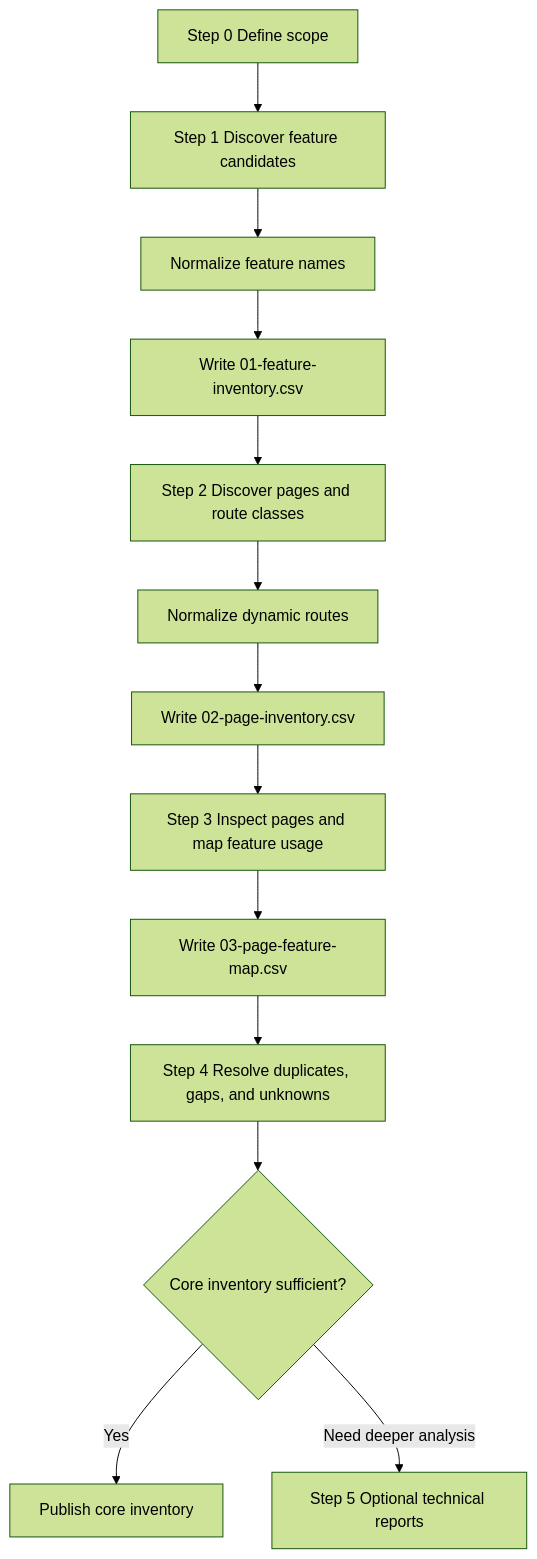
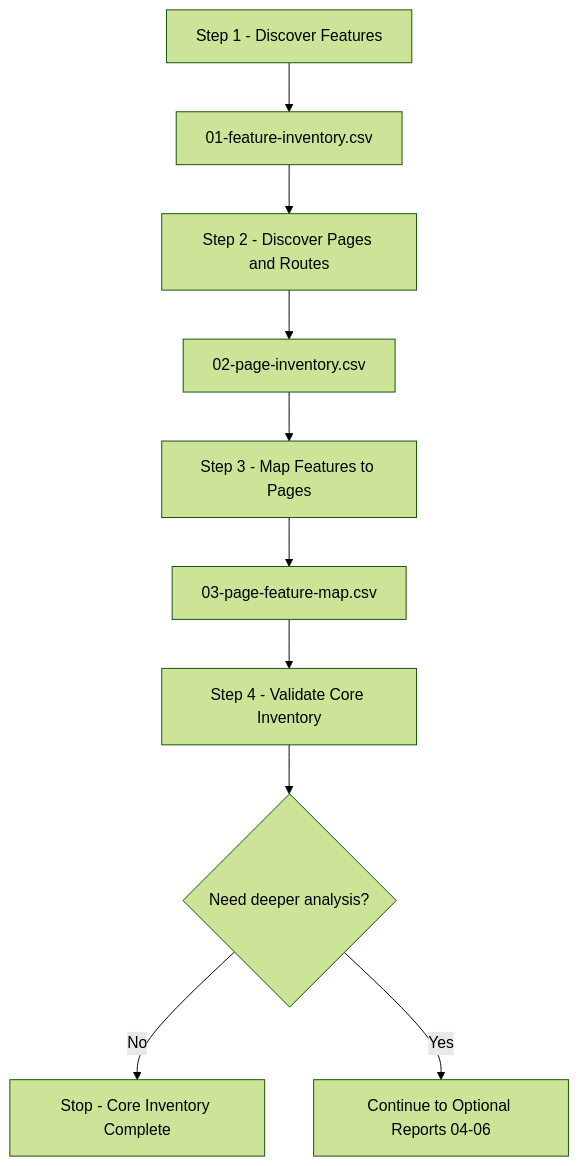
One commit to duyduyly/php-notebook changed the diagram in docs/joomla/learning/report/features/WORKFLOW.md. Above: the diagram before and after it, drawn with Mermaid (forest theme). The commit also changed other lines of this file, not shown here.

Commit message:
docs: simplify Joomla feature inventory workflow

````diff
--- a/docs/joomla/learning/report/features/WORKFLOW.md
+++ b/docs/joomla/learning/report/features/WORKFLOW.md
@@ -110,15 +60,12 @@
 ```mermaid
 flowchart TD
-    A[Step 0 Define scope] --> B[Step 1 Discover feature candidates]
-    B --> C[Normalize feature names]
-    C --> D[Write 01-feature-inventory.csv]
-    D --> E[Step 2 Discover pages and route classes]
-    E --> F[Normalize dynamic routes]
-    F --> G[Write 02-page-inventory.csv]
-    G --> H[Step 3 Inspect pages and map feature usage]
-    H --> I[Write 03-page-feature-map.csv]
-    I --> J[Step 4 Resolve duplicates, gaps, and unknowns]
-    J --> K{Core inventory sufficient?}
-    K -- Yes --> L[Publish core inventory]
-    K -- Need deeper analysis --> M[Step 5 Optional technical reports]
+    A[Step 1 - Discover Features] --> B[01-feature-inventory.csv]
+    B --> C[Step 2 - Discover Pages and Routes]
+    C --> D[02-page-inventory.csv]
+    D --> E[Step 3 - Map Features to Pages]
+    E --> F[03-page-feature-map.csv]
+    F --> G[Step 4 - Validate Core Inventory]
+    G --> H{Need deeper analysis?}
+    H -->|No| I[Stop - Core Inventory Complete]
+    H -->|Yes| J[Continue to Optional Reports 04-06]
 ```
````
